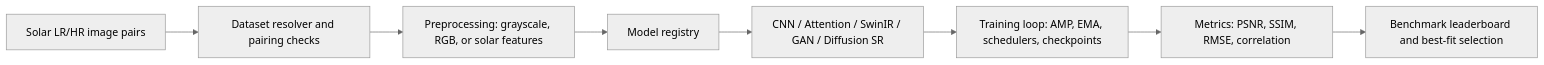
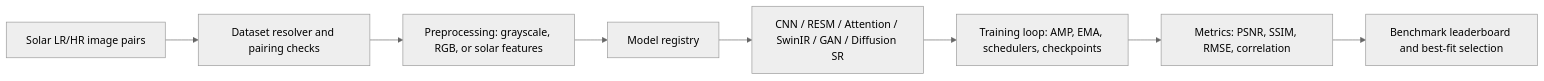
Before and after one commit to LegendOP1098/HelioResolve: the diagram in README.md, drawn with Mermaid (neutral theme). The commit also changed other lines of this file and 7 other files, not shown here.

First line of the commit message:
Add RESM solar super-resolution architecture

````diff
--- a/README.md
+++ b/README.md
@@ -27,10 +27,10 @@
 ```mermaid
 flowchart LR
     A["Solar LR/HR image pairs"] --> B["Dataset resolver and pairing checks"]
     B --> C["Preprocessing: grayscale, RGB, or solar features"]
     C --> D["Model registry"]
-    D --> E["CNN / Attention / SwinIR / GAN / Diffusion SR"]
+    D --> E["CNN / RESM / Attention / SwinIR / GAN / Diffusion SR"]
     E --> F["Training loop: AMP, EMA, schedulers, checkpoints"]
     F --> G["Metrics: PSNR, SSIM, RMSE, correlation"]
     G --> H["Benchmark leaderboard and best-fit selection"]
 ```
````
